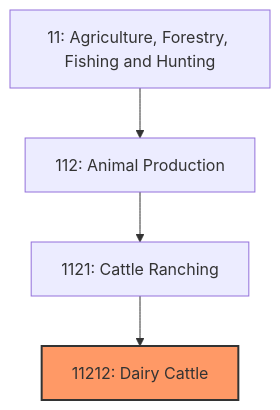
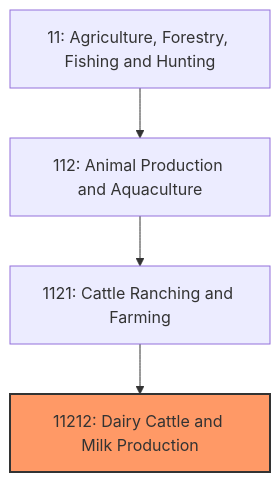
Before and after one commit to kziemski/business.org.ai: the first of 3 diagrams in industries/Agriculture/AnimalProduction/Farming/DairyCattle.mdx, drawn with Mermaid. The commit also changed other lines of this file and 19 other files, not shown here.

First line of the commit message:
feat: enrich industry files and add sequence diagrams to processes

````diff
--- a/industries/Agriculture/AnimalProduction/Farming/DairyCattle.mdx
+++ b/industries/Agriculture/AnimalProduction/Farming/DairyCattle.mdx
@@ -20,8 +35,8 @@
 ```mermaid
 graph TD
     S11["11: Agriculture, Forestry, Fishing and Hunting"]
-    S11 --> N112["112: Animal Production"]
-    N112 --> N1121["1121: Cattle Ranching"]
-    N1121 --> N11212["11212: Dairy Cattle"]
+    S11 --> N112["112: Animal Production and Aquaculture"]
+    N112 --> N1121["1121: Cattle Ranching and Farming"]
+    N1121 --> N11212["11212: Dairy Cattle and Milk Production"]
     style N11212 fill:#f96,stroke:#333,stroke-width:2px
 ```
````
